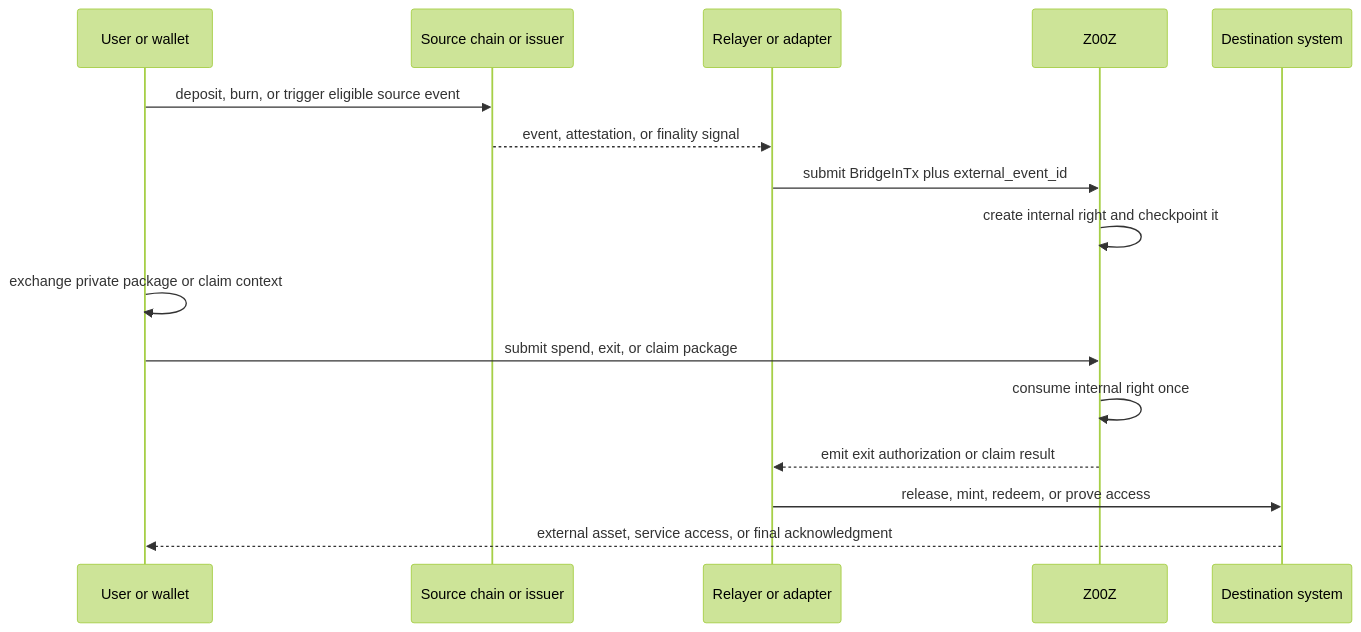
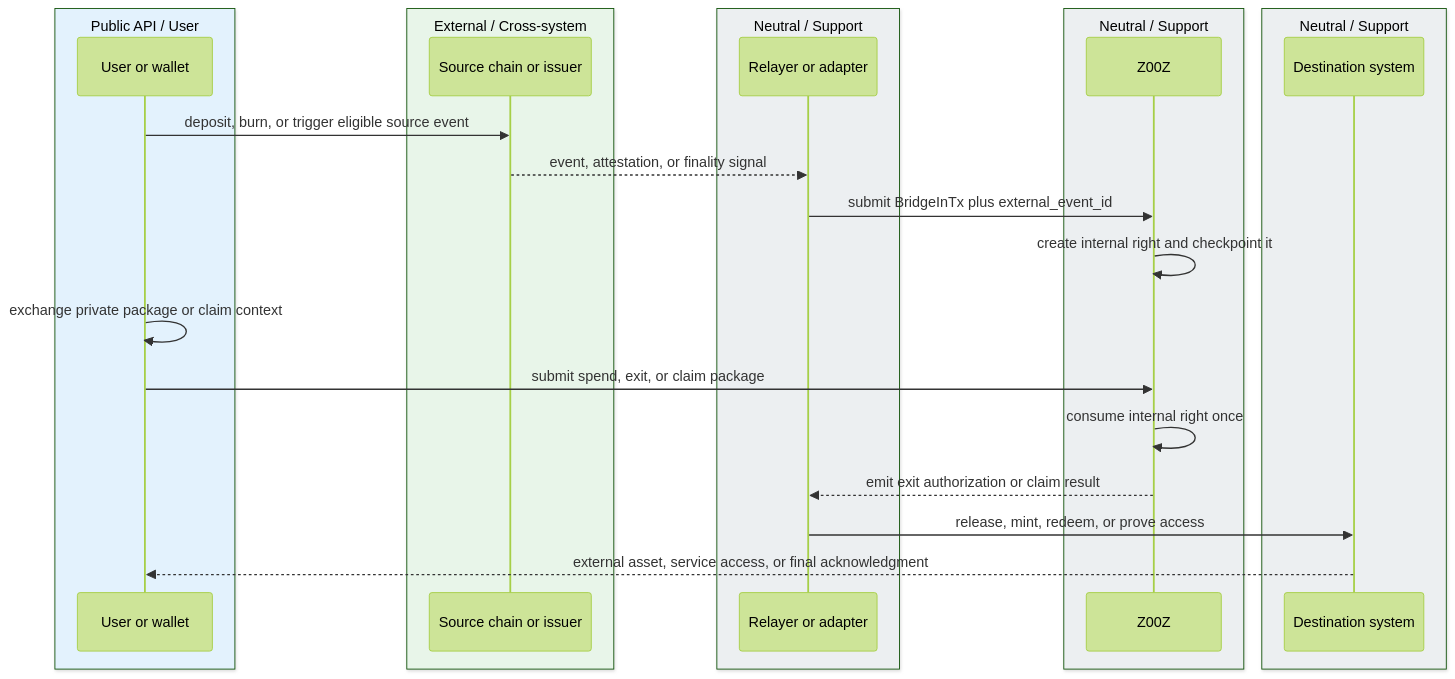
One commit to z00z-labs/z00z changed the second of 8 diagrams in docs/whitepapers/Cross-Chain-Integration.md. Above: the diagram before and after it, drawn with Mermaid (forest theme). The commit also changed other lines of this file and 629 other files, not shown here.

````diff
--- a/docs/whitepapers/Cross-Chain-Integration.md
+++ b/docs/whitepapers/Cross-Chain-Integration.md
@@ -325,19 +333,30 @@
 ```mermaid
 sequenceDiagram
-  participant User as User or wallet
-  participant Source as Source chain or issuer
-  participant Adapter as Relayer or adapter
-  participant Z as Z00Z
-  participant Dest as Destination system
+  box rgb(227,242,253) Public API / User
+    participant User as User or wallet
+  end
+  box rgb(232,245,233) External / Cross-system
+    participant Source as Source chain or issuer
+  end
+  box rgb(236,239,241) Neutral / Support
+    participant Adapter as Relayer or adapter
+  end
+  box rgb(236,239,241) Neutral / Support
+    participant Z as Z00Z
+  end
+  box rgb(236,239,241) Neutral / Support
+    participant Dest as Destination system
+  end
+
 
   User->>Source: deposit, burn, or trigger eligible source event
   Source-->>Adapter: event, attestation, or finality signal
   Adapter->>Z: submit BridgeInTx plus external_event_id
   Z->>Z: create internal right and checkpoint it
   User->>User: exchange private package or claim context
   User->>Z: submit spend, exit, or claim package
   Z->>Z: consume internal right once
   Z-->>Adapter: emit exit authorization or claim result
   Adapter->>Dest: release, mint, redeem, or prove access
   Dest-->>User: external asset, service access, or final acknowledgment
 ```
````
